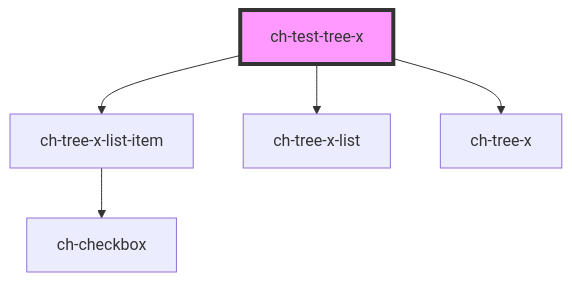
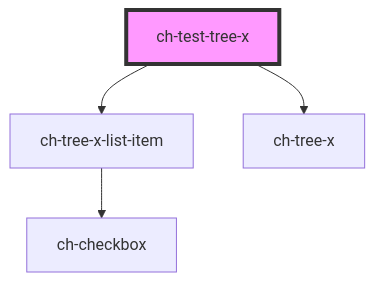
The diagram in src/components/test/readme.md (genexuslabs/chameleon-controls-library), drawn with Mermaid before and after one commit. The commit also changed other lines of this file and 3 other files, not shown here.

````diff
--- a/src/components/test/readme.md
+++ b/src/components/test/readme.md
@@ -99,8 +108,7 @@
 ```mermaid
 graph TD;
   ch-test-tree-x --> ch-tree-x-list-item
-  ch-test-tree-x --> ch-tree-x-list
   ch-test-tree-x --> ch-tree-x
   ch-tree-x-list-item --> ch-checkbox
   style ch-test-tree-x fill:#f9f,stroke:#333,stroke-width:4px
 ```
````
